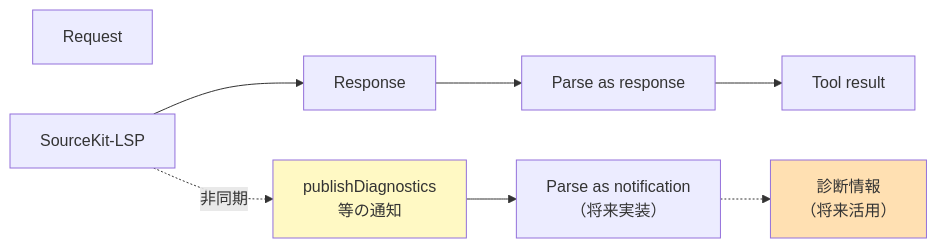
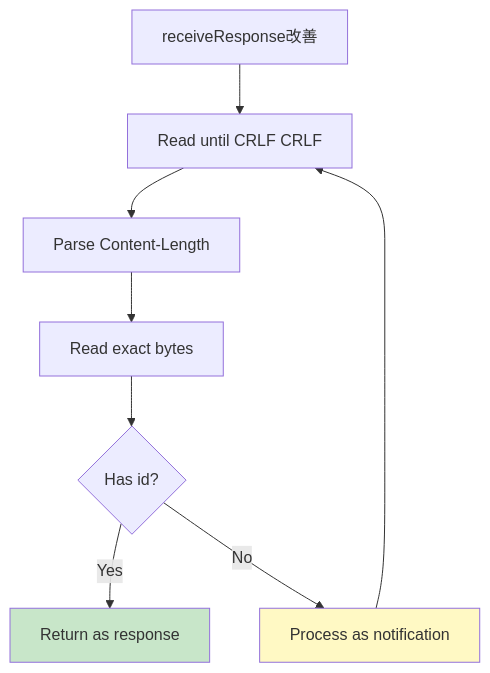
One commit to BlueEventHorizon/Swift-Selena changed diagram 20 of 23 in docs/design/DES-102_LSP_Integration_Design.md. Above: the diagram before and after it, drawn with Mermaid. The commit also changed other lines of this file and 3 other files, not shown here.

````diff
--- a/docs/design/DES-102_LSP_Integration_Design.md
+++ b/docs/design/DES-102_LSP_Integration_Design.md
@@ -700,20 +745,23 @@
 ```mermaid
-graph LR
-    Request[Request]
-    Response[Response]
-    Notification[publishDiagnostics<br/>等の通知]
+graph TD
+    Start[receiveResponse改善]
 
-    LSP[SourceKit-LSP]
+    Read[Read until CRLF CRLF]
+    Parse[Parse Content-Length]
+    ReadBody[Read exact bytes]
+    Check{Has id?}
+    Response[Return as response]
+    Notify[Process as notification]
 
-    LSP --> Response
-    LSP -.->|非同期| Notification
+    Start --> Read
+    Read --> Parse
+    Parse --> ReadBody
+    ReadBody --> Check
+    Check -->|Yes| Response
+    Check -->|No| Notify
 
-    Response --> Parse1[Parse as response]
-    Notification --> Parse2[Parse as notification<br/>（将来実装）]
+    Notify --> Read
 
-    Parse1 --> Tool[Tool result]
-    Parse2 -.-> Diagnostics[診断情報<br/>（将来活用）]
-
-    style Notification fill:#fff9c4
-    style Diagnostics fill:#ffe0b2
+    style Response fill:#c8e6c9
+    style Notify fill:#fff9c4
 ```
````
